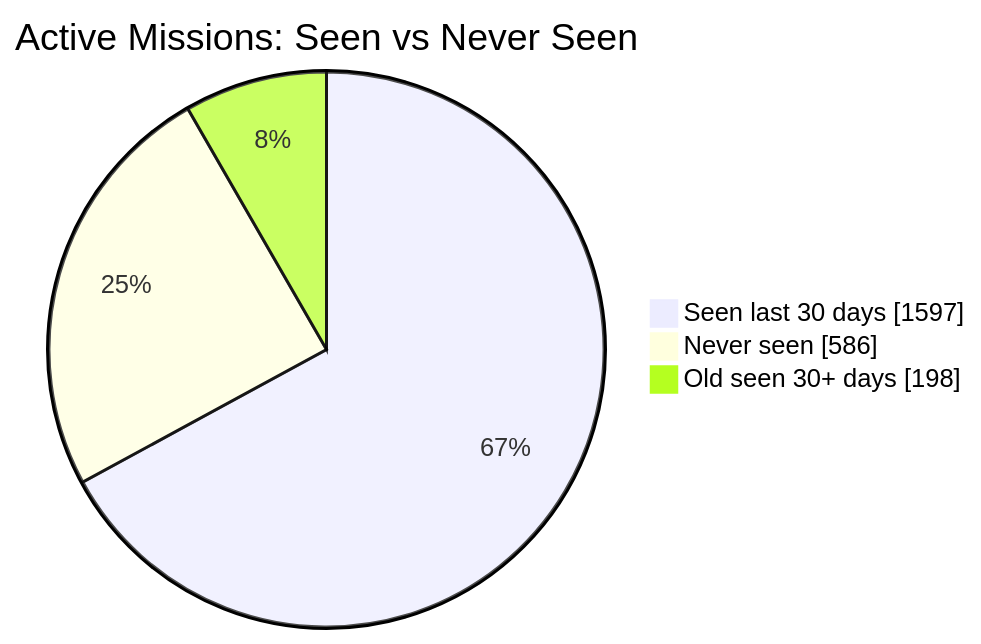
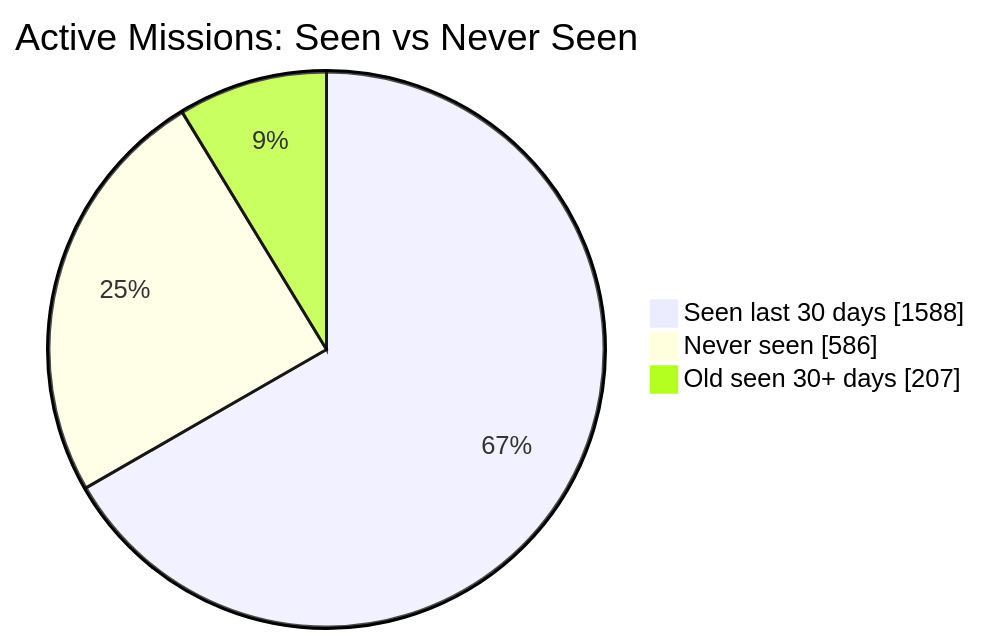
The first of 2 diagrams in README.md (MeldkamerspelGameTeam/active-missions), drawn with Mermaid before and after one commit. The commit also changed other lines of this file and 2 other files, not shown here.

````diff
--- a/README.md
+++ b/README.md
@@ -34,7 +34,7 @@
 ```mermaid
 pie showData
     title Active Missions: Seen vs Never Seen
-    "Seen last 30 days" : 1597
+    "Seen last 30 days" : 1588
     "Never seen" : 586
-    "Old seen 30+ days" : 198
+    "Old seen 30+ days" : 207
 ```
````
